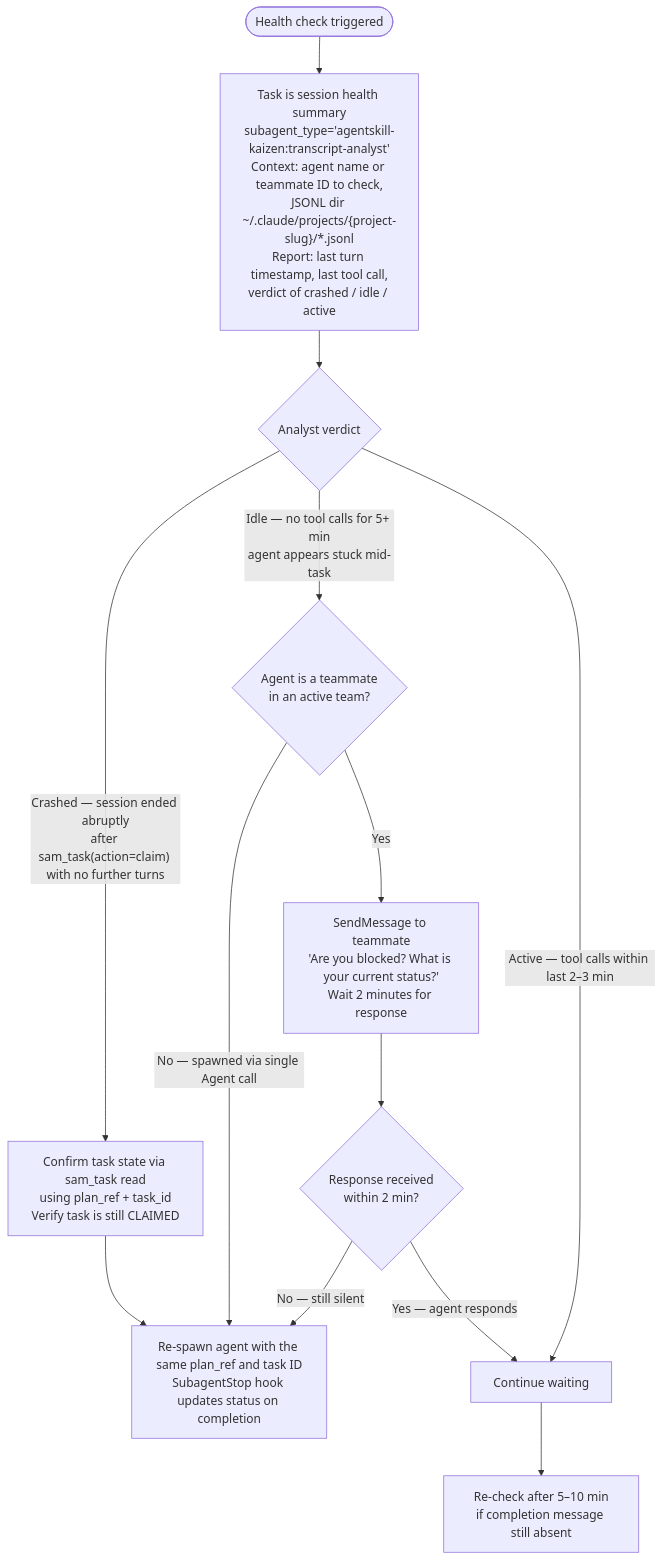
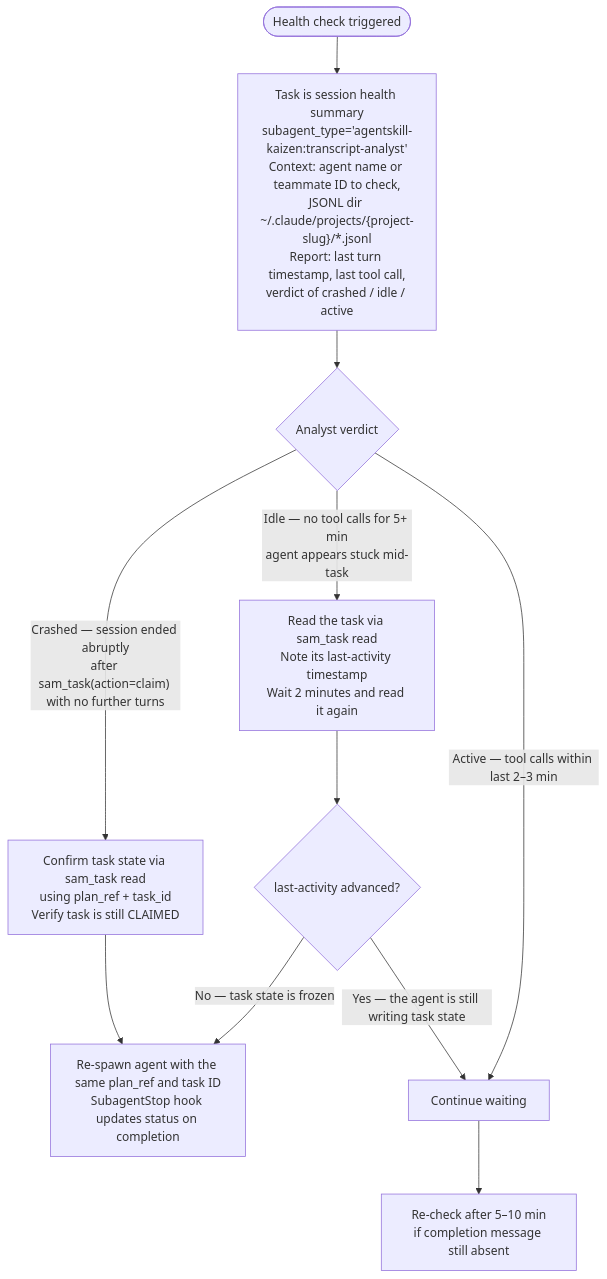
Before and after one commit to Jamie-BitFlight/claude_skills: the diagram in plugins/development-harness/skills/implement-feature/SKILL.md, drawn with Mermaid. The commit also changed other lines of this file and 43 other files, not shown here.

First line of the commit message:
refactor(development-harness): route agent handoffs through the backend, not SendMessage (#3202)

````diff
--- a/plugins/development-harness/skills/implement-feature/SKILL.md
+++ b/plugins/development-harness/skills/implement-feature/SKILL.md
@@ -123,17 +123,15 @@
 ```mermaid
 flowchart TD
     Trigger([Health check triggered]) --> Spawn
     Spawn["Task is session health summary<br>subagent_type='agentskill-kaizen:transcript-analyst'<br>Context: agent name or teammate ID to check,<br>JSONL dir ~/.claude/projects/{project-slug}/*.jsonl<br>Report: last turn timestamp, last tool call,<br>verdict of crashed / idle / active"]
     Spawn --> Verdict{Analyst verdict}
     Verdict -->|"Crashed — session ended abruptly<br>after sam_task(action=claim) with no further turns"| Confirm
     Confirm["Confirm task state via sam_task read<br>using plan_ref + task_id<br>Verify task is still CLAIMED"] --> Respawn
     Respawn["Re-spawn agent with the same plan_ref and task ID<br>SubagentStop hook updates status on completion"]
-    Verdict -->|"Idle — no tool calls for 5+ min<br>agent appears stuck mid-task"| TeamCheck{Agent is a teammate<br>in an active team?}
-    TeamCheck -->|Yes| SendMsg["SendMessage to teammate<br>'Are you blocked? What is your current status?'<br>Wait 2 minutes for response"]
-    TeamCheck -->|"No — spawned via single Agent call"| Respawn
-    SendMsg --> MsgCheck{Response received<br>within 2 min?}
-    MsgCheck -->|Yes — agent responds| Waiting
-    MsgCheck -->|No — still silent| Respawn
+    Verdict -->|"Idle — no tool calls for 5+ min<br>agent appears stuck mid-task"| Activity["Read the task via sam_task read<br>Note its last-activity timestamp<br>Wait 2 minutes and read it again"]
+    Activity --> ActCheck{last-activity advanced?}
+    ActCheck -->|"Yes — the agent is still writing task state"| Waiting
+    ActCheck -->|"No — task state is frozen"| Respawn
     Verdict -->|"Active — tool calls within last 2–3 min"| Waiting
     Waiting[Continue waiting] --> Later["Re-check after 5–10 min<br>if completion message still absent"]
 ```
````
